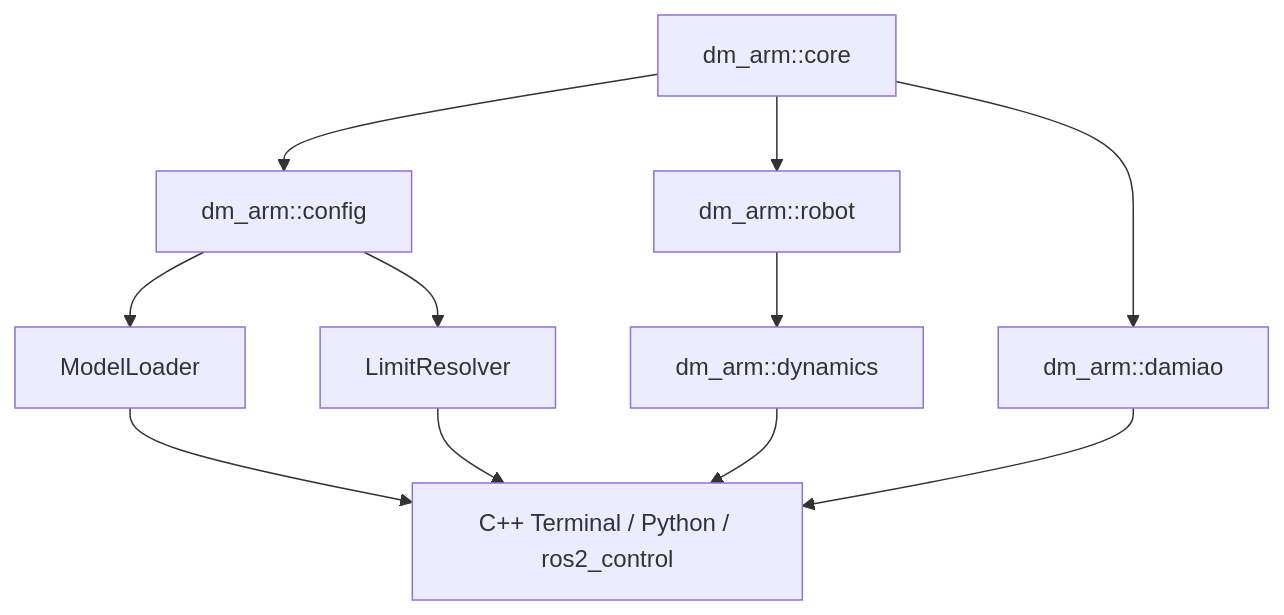
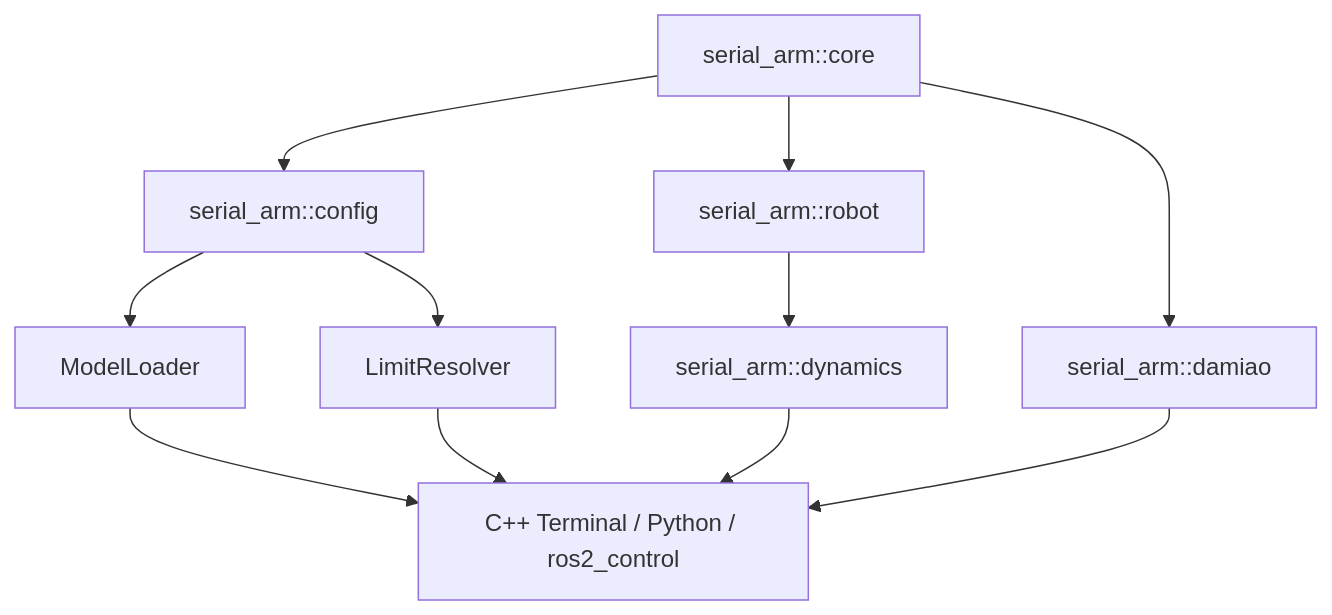
The second of 2 diagrams in README.md (Kaede-Rei/DM-Arm-Hardware-Interface), drawn with Mermaid before and after one commit. The commit also changed other lines of this file and 187 other files, not shown here.

Commit message:
refactor(serial_arm): 重构为通用控制核心，但暂时耦合达妙协议

````diff
--- a/README.md
+++ b/README.md
@@ -263,28 +267,28 @@
 ```mermaid
 flowchart TB
-    CORE["dm_arm::core"]
+    CORE["serial_arm::core"]
 
-    CONFIG["dm_arm::config"]
-    ROBOT["dm_arm::robot"]
-    DAMIAO["dm_arm::damiao"]
-    DYNAMICS["dm_arm::dynamics"]
+    CONFIG["serial_arm::config"]
+    ROBOT["serial_arm::robot"]
+    DAMIAO["serial_arm::damiao"]
+    DYNAMICS["serial_arm::dynamics"]
 
     MODEL["ModelLoader"]
     LIMIT["LimitResolver"]
 
     APP["C++ Terminal / Python / ros2_control"]
 
     CORE --> CONFIG
     CORE --> ROBOT
     CORE --> DAMIAO
 
     CONFIG --> MODEL
     CONFIG --> LIMIT
 
     ROBOT --> DYNAMICS
 
     MODEL --> APP
     LIMIT --> APP
     DYNAMICS --> APP
     DAMIAO --> APP
 ```
````
